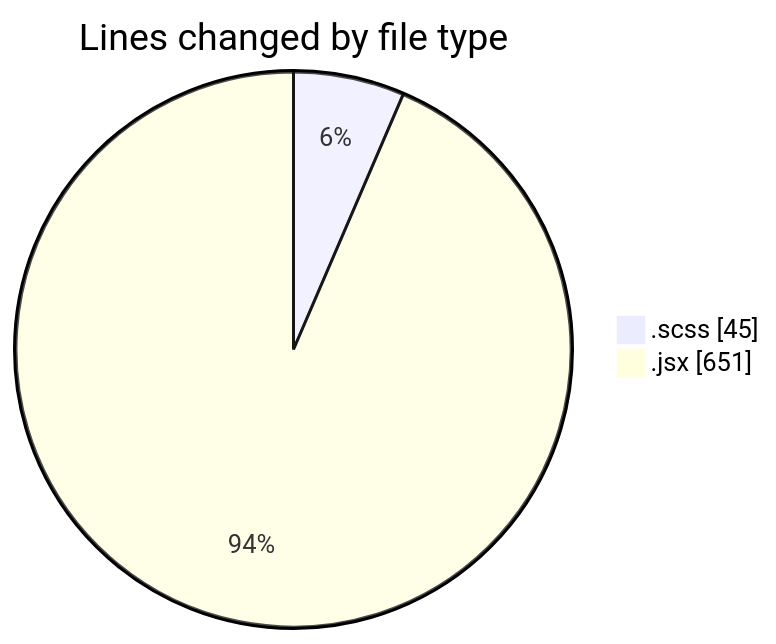
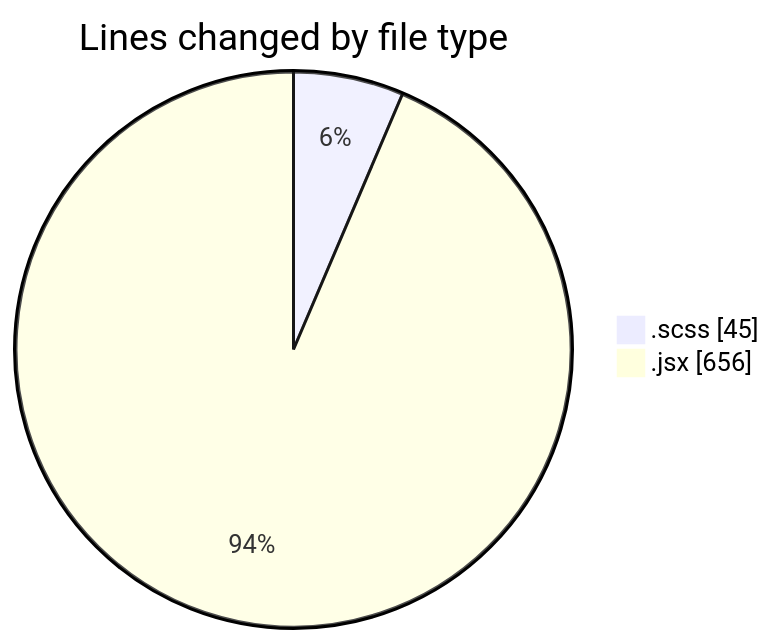
The first of 2 diagrams in 2025-06-03/cda/README.md (momahboobian/code-tracking), drawn with Mermaid before and after one commit. The commit also changed other lines of this file and 1 other file, not shown here.

````diff
--- a/2025-06-03/cda/README.md
+++ b/2025-06-03/cda/README.md
@@ -22,6 +22,6 @@
 ```mermaid
 pie showData
 title Lines changed by file type
 ".scss" : 45
-".jsx" : 651
+".jsx" : 656
 ```
````
